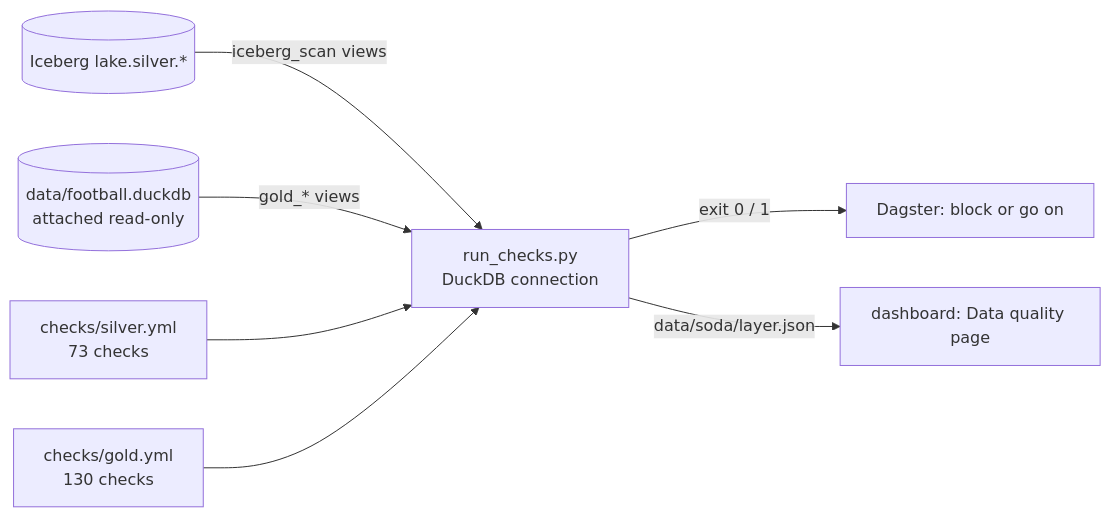
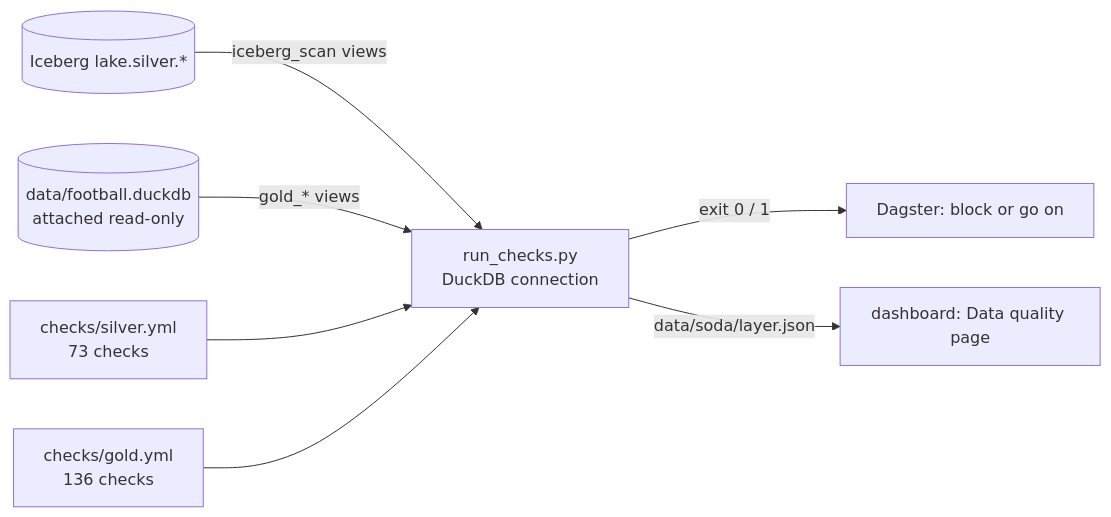
Before and after one commit to Anaximandr0s/football-data-platform: the diagram in soda/README.md, drawn with Mermaid. The commit also changed 11 other files, not shown here.

````diff
--- a/soda/README.md
+++ b/soda/README.md
@@ -7,9 +7,9 @@
 ```mermaid
 flowchart LR
     S[(Iceberg lake.silver.*)] -->|iceberg_scan views| R[run_checks.py<br/>DuckDB connection]
     G[(data/football.duckdb<br/>attached read-only)] -->|gold_* views| R
     C1[checks/silver.yml<br/>73 checks] --> R
-    C2[checks/gold.yml<br/>130 checks] --> R
+    C2[checks/gold.yml<br/>136 checks] --> R
     R -->|exit 0 / 1| D[Dagster: block or go on]
     R -->|data/soda/layer.json| A[dashboard: Data quality page]
 ```
````
